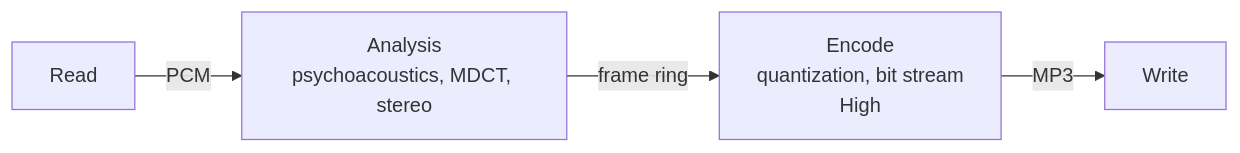
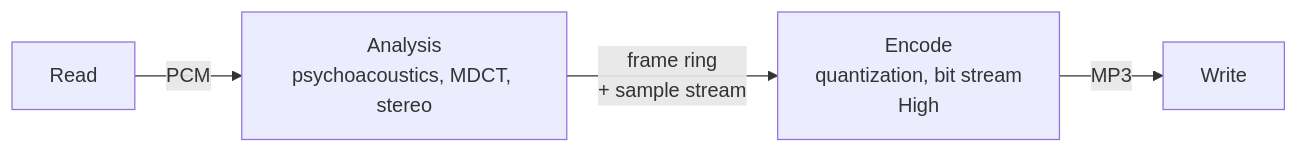
Before and after one commit to ThinkMeta-com/ThinkMeta.ConcurrentTasks.Samples: the third of 8 diagrams in ctLame/docs/task-graph.md, drawn with Mermaid. The commit also changed other lines of this file and 700 other files, not shown here.

````diff
--- a/ctLame/docs/task-graph.md
+++ b/ctLame/docs/task-graph.md
@@ -91,6 +122,6 @@
 ```mermaid
 flowchart LR
     R["Read"] -- "PCM" --> A["Analysis<br/>psychoacoustics, MDCT, stereo"]
-    A -- "frame ring" --> E["Encode<br/>quantization, bit stream<br/>High"]
+    A -- "frame ring<br/>+ sample stream" --> E["Encode<br/>quantization, bit stream<br/>High"]
     E -- "MP3" --> W["Write"]
 ```
````
